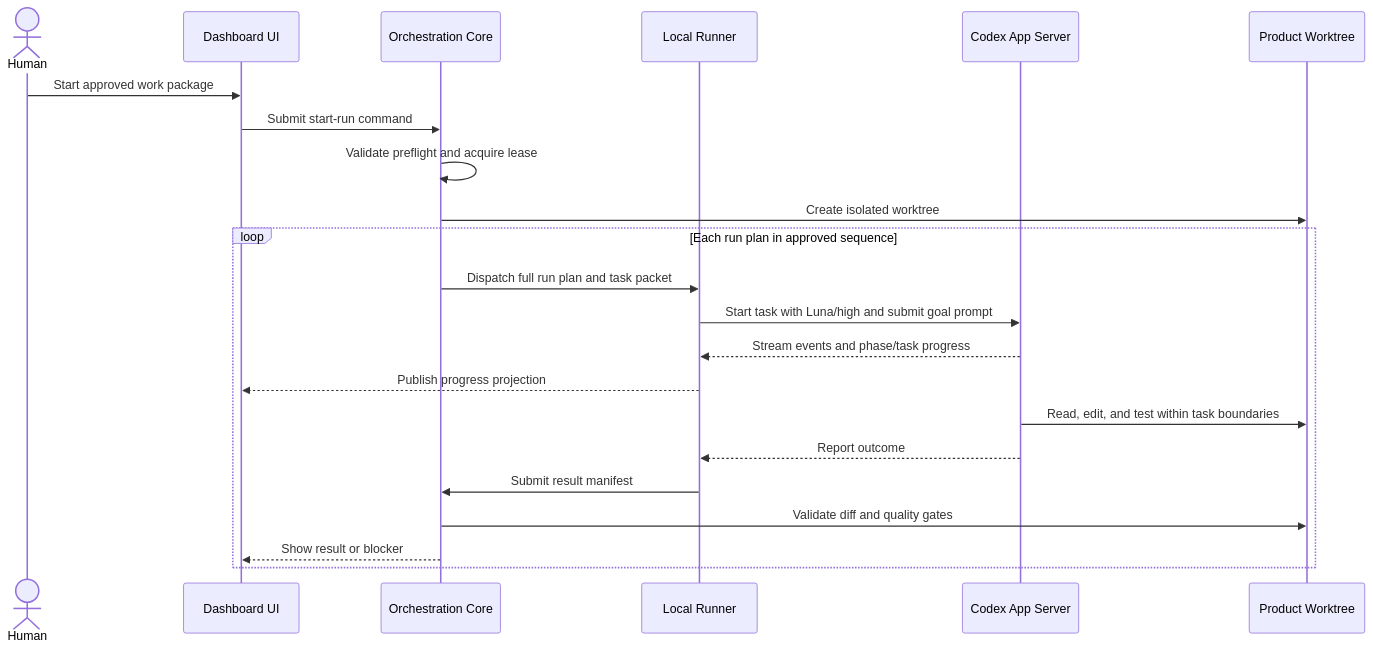
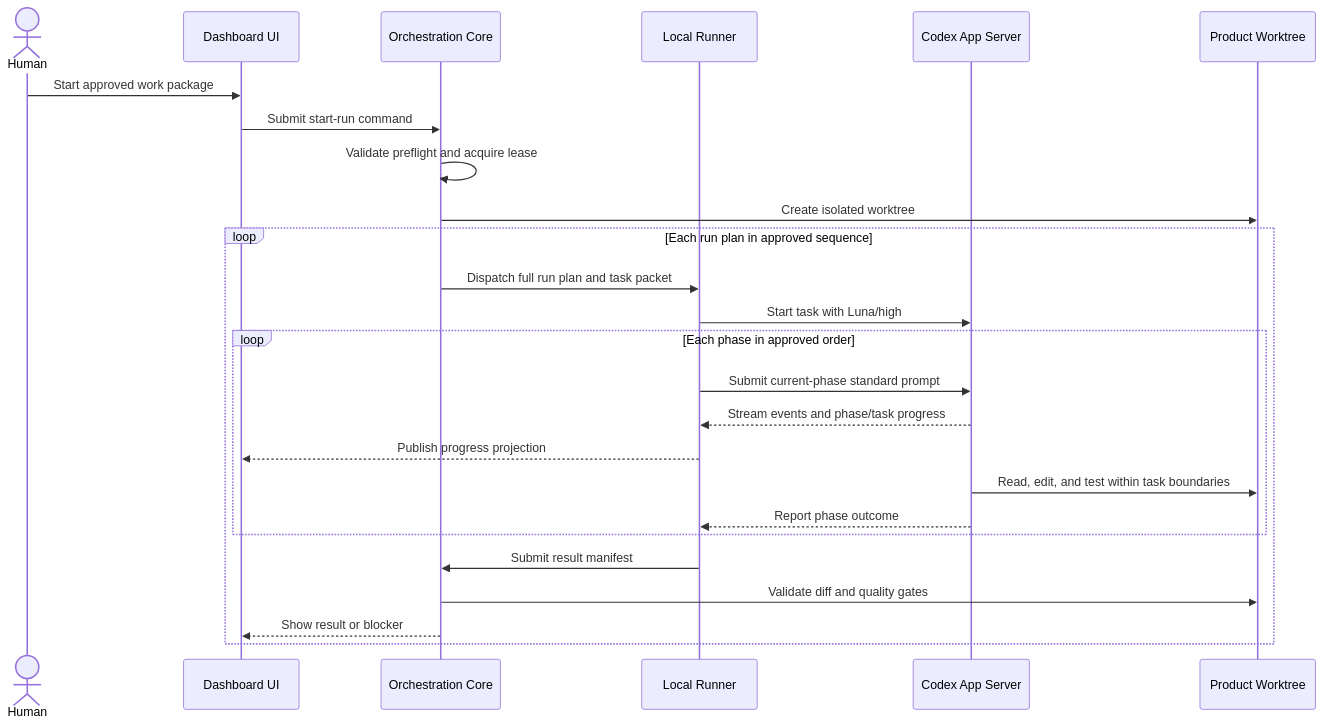
Before and after one commit to cchase16/delivery-orchestrator: the second of 2 diagrams in apps/dashboard/docs/dashboard-design.md, drawn with Mermaid. The commit also changed other lines of this file and 14 other files, not shown here.

````diff
--- a/apps/dashboard/docs/dashboard-design.md
+++ b/apps/dashboard/docs/dashboard-design.md
@@ -359,25 +359,28 @@
 ```mermaid
 sequenceDiagram
     actor Human
     participant UI as Dashboard UI
     participant Core as Orchestration Core
     participant Runner as Local Runner
     participant Codex as Codex App Server
     participant Git as Product Worktree
 
     Human->>UI: Start approved work package
     UI->>Core: Submit start-run command
     Core->>Core: Validate preflight and acquire lease
     Core->>Git: Create isolated worktree
     loop Each run plan in approved sequence
         Core->>Runner: Dispatch full run plan and task packet
-        Runner->>Codex: Start task with Luna/high and submit goal prompt
-        Codex-->>Runner: Stream events and phase/task progress
-        Runner-->>UI: Publish progress projection
-        Codex->>Git: Read, edit, and test within task boundaries
-        Codex-->>Runner: Report outcome
+        Runner->>Codex: Start task with Luna/high
+        loop Each phase in approved order
+            Runner->>Codex: Submit current-phase standard prompt
+            Codex-->>Runner: Stream events and phase/task progress
+            Runner-->>UI: Publish progress projection
+            Codex->>Git: Read, edit, and test within task boundaries
+            Codex-->>Runner: Report phase outcome
+        end
         Runner->>Core: Submit result manifest
         Core->>Git: Validate diff and quality gates
         Core-->>UI: Show result or blocker
     end
 ```
````
